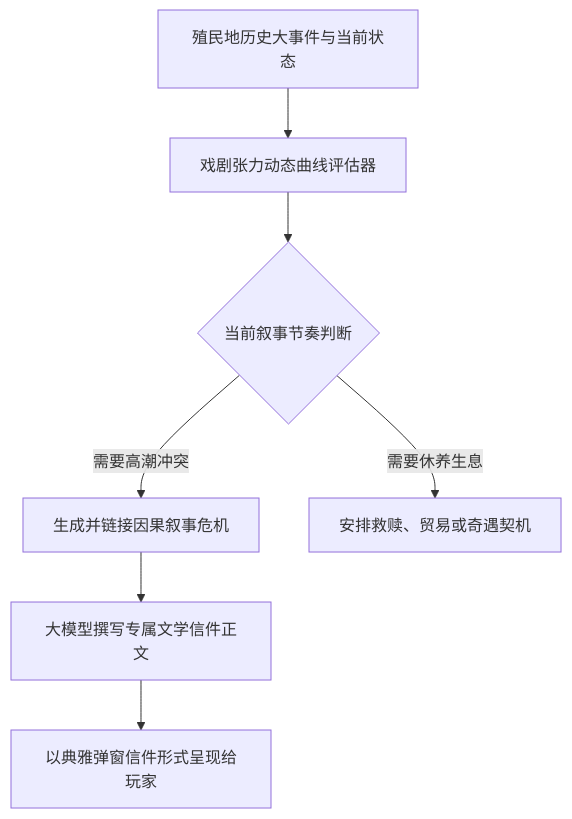
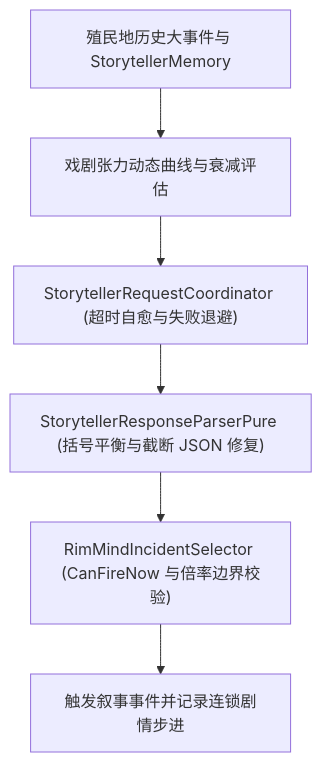
Before and after one commit to RimWorld-RimMind-Mod/RimWorld-RimMind-Mod-Storyteller: the diagram in README_zh.md, drawn with Mermaid. The commit also changed other lines of this file and 10 other files, not shown here.

First line of the commit message:
fix(storyteller): repair truncated fenced JSON, add failure backoff, and sync docs (#19)

````diff
--- a/README_zh.md
+++ b/README_zh.md
@@ -41,9 +42,8 @@
 ```mermaid
 flowchart TD
-    State["殖民地历史大事件与当前状态"] --> Tension["戏剧张力动态曲线评估器"]
-    Tension --> Pacing{"当前叙事节奏判断"}
-    Pacing -- 需要高潮冲突 --> IncidentGen["生成并链接因果叙事危机"]
-    Pacing -- 需要休养生息 --> Relief["安排救赎、贸易或奇遇契机"]
-    IncidentGen --> Lore["大模型撰写专属文学信件正文"]
-    Lore --> Letter["以典雅弹窗信件形式呈现给玩家"]
+    State["殖民地历史大事件与 StorytellerMemory"] --> Tension["戏剧张力动态曲线与衰减评估"]
+    Tension --> Coord["StorytellerRequestCoordinator (超时自愈与失败退避)"]
+    Coord --> Parser["StorytellerResponseParserPure (括号平衡与截断 JSON 修复)"]
+    Parser --> Selector["RimMindIncidentSelector (CanFireNow 与倍率边界校验)"]
+    Selector --> Letter["触发叙事事件并记录连锁剧情步进"]
 ```
````
